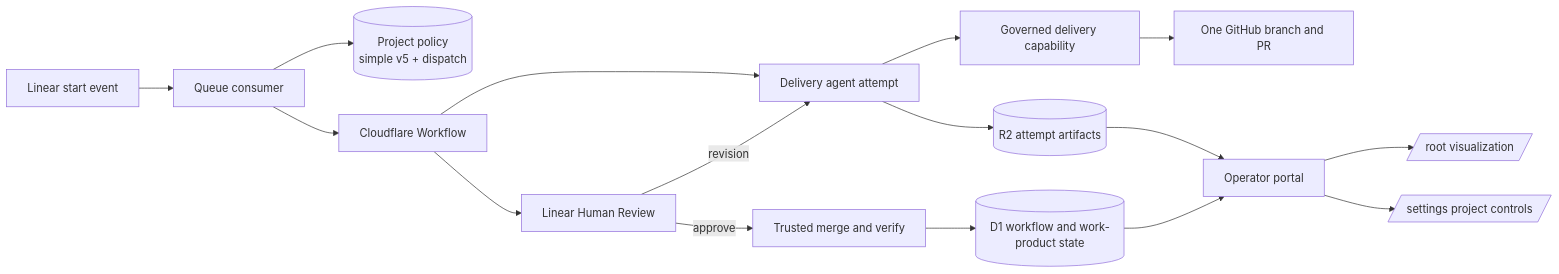
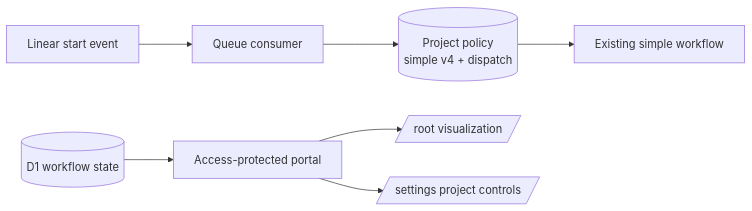
One commit to sachinkundu/deos changed the diagram in openspec/changes/make-simple-workflow-default/design.md. Above: the diagram before and after it, drawn with Mermaid. The commit also changed other lines of this file and 18 other files, not shown here.

Commit message:
Make simple workflow the default

````diff
--- a/openspec/changes/make-simple-workflow-default/design.md
+++ b/openspec/changes/make-simple-workflow-default/design.md
@@ -30,18 +24,9 @@
 ```mermaid
 flowchart LR
     L[Linear start event] --> Q[Queue consumer]
-    Q --> P[(Project policy\nsimple v5 + dispatch)]
-    Q --> W[Cloudflare Workflow]
-    W --> A[Delivery agent attempt]
-    A --> C[Governed delivery capability]
-    C --> G[One GitHub branch and PR]
-    W --> H[Linear Human Review]
-    H -->|revision| A
-    H -->|approve| M[Trusted merge and verify]
-    M --> D[(D1 workflow and work-product state)]
-    A --> R[(R2 attempt artifacts)]
-    D --> O[Operator portal]
-    R --> O
+    Q --> P[(Project policy\nsimple v4 + dispatch)]
+    P --> W[Existing simple workflow]
+    D[(D1 workflow state)] --> O[Access-protected portal]
     O --> V[/ root visualization /]
     O --> S[/settings project controls/]
 ```
````
